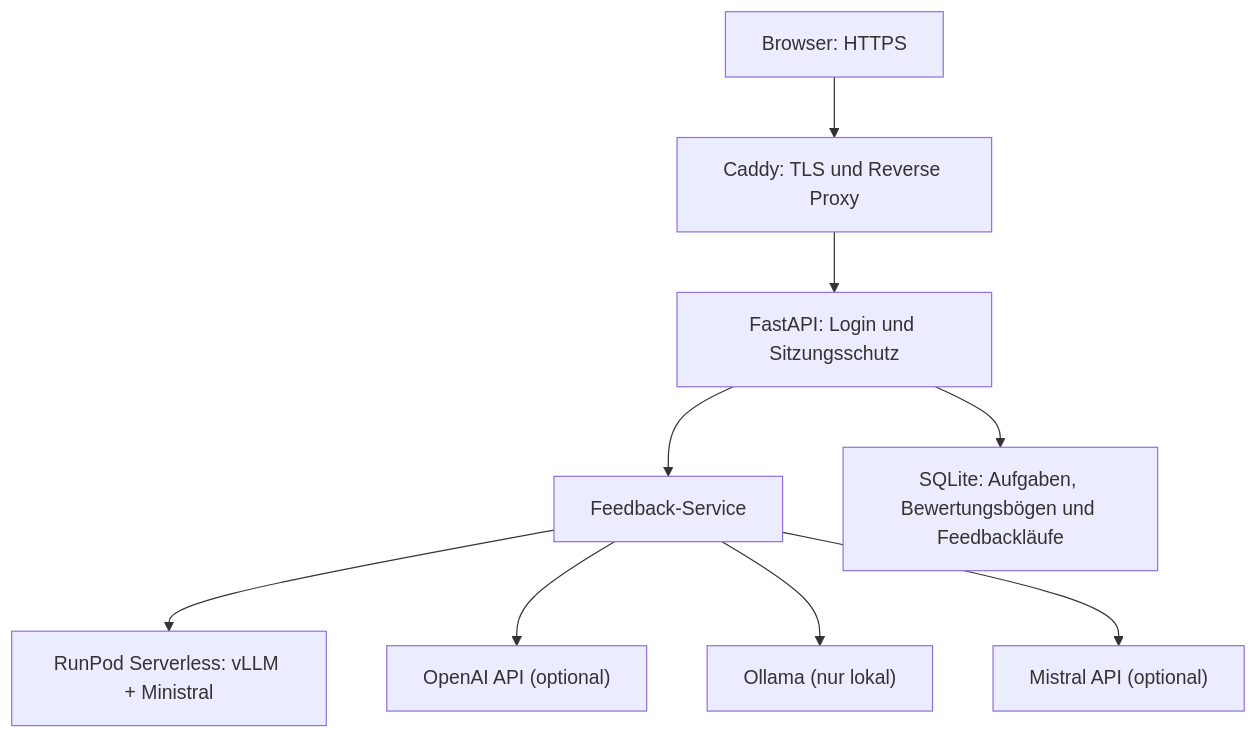
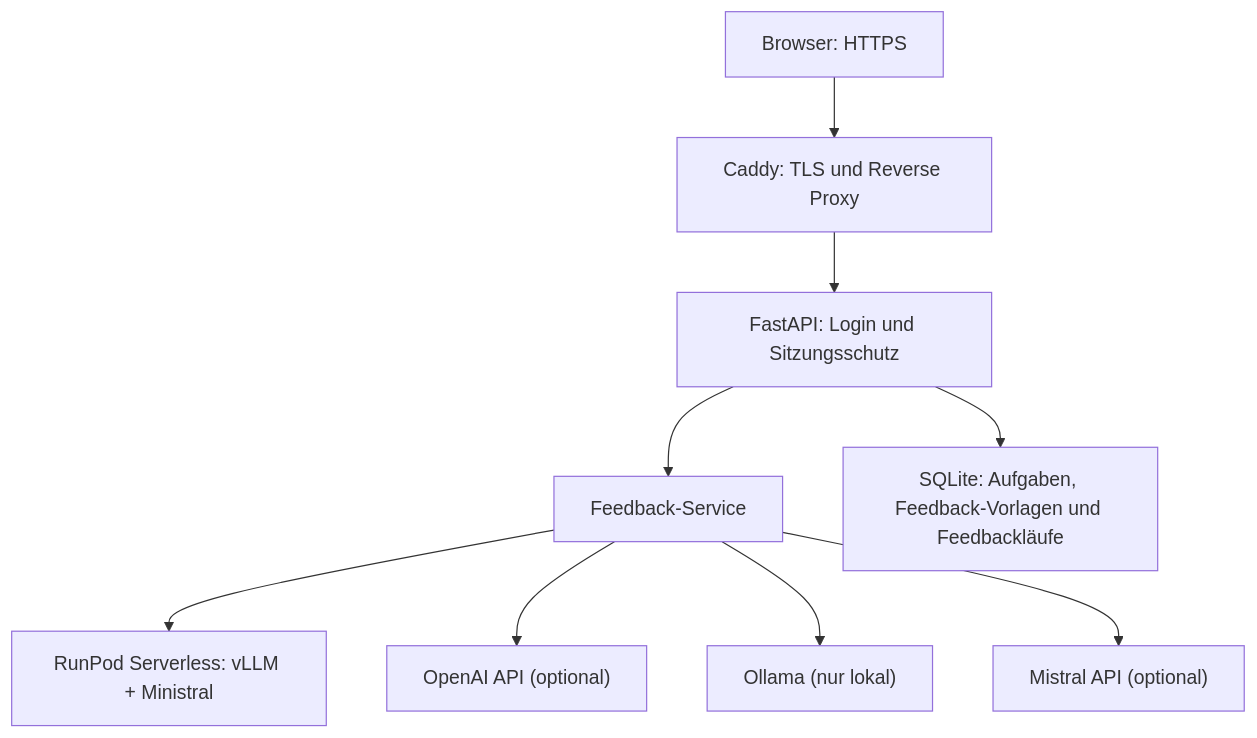
Before and after one commit to David90dotcom/ki-schreibfeedback-prototyp: the diagram in README.md, drawn with Mermaid. The commit also changed other lines of this file and 18 other files, not shown here.

````diff
--- a/README.md
+++ b/README.md
@@ -22,11 +22,11 @@
 ```mermaid
 flowchart TD
     A["Browser: HTTPS"] --> B["Caddy: TLS und Reverse Proxy"]
     B --> C["FastAPI: Login und Sitzungsschutz"]
     C --> D["Feedback-Service"]
     D --> E["RunPod Serverless: vLLM + Ministral"]
     D --> F["OpenAI API (optional)"]
     D --> G["Ollama (nur lokal)"]
     D --> H["Mistral API (optional)"]
-    C --> I["SQLite: Aufgaben, Bewertungsbögen und Feedbackläufe"]
+    C --> I["SQLite: Aufgaben, Feedback-Vorlagen und Feedbackläufe"]
 ```
````
